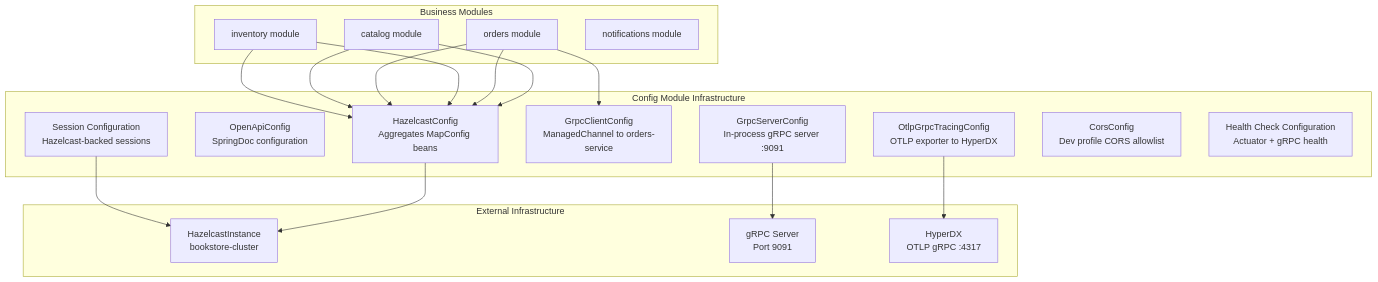
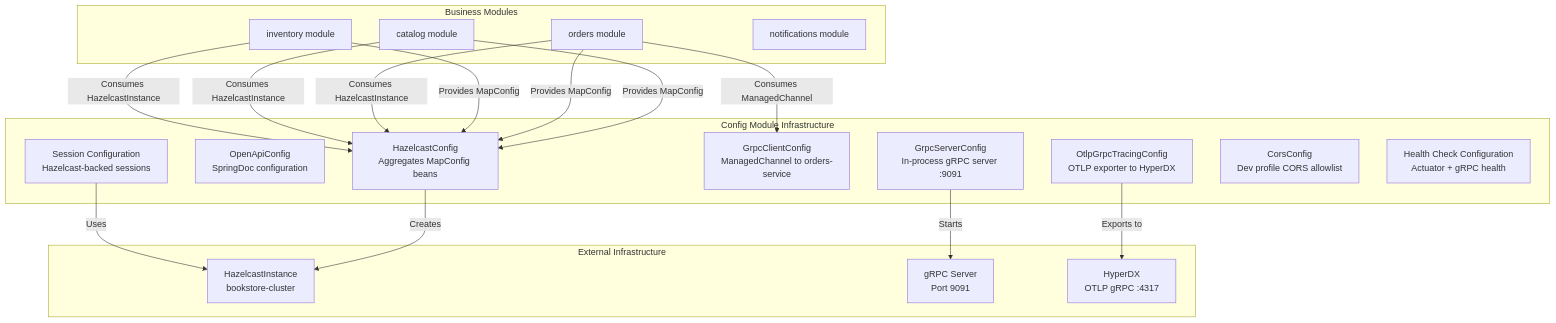
The first of 8 diagrams in docs/deepwiki/Config-Module.md (philipz/spring-modular-monolith), drawn with Mermaid before and after one commit. The commit also changed other lines of this file and 55 other files, not shown here.

````diff
--- a/docs/deepwiki/Config-Module.md
+++ b/docs/deepwiki/Config-Module.md
@@ -50,55 +50,55 @@
 ```mermaid
 flowchart TD
 
 Catalog["catalog module"]
 Orders["orders module"]
 Inventory["inventory module"]
 Notifications["notifications module"]
 HZConfig["HazelcastConfig<br>Aggregates MapConfig beans"]
 OpenAPIConfig["OpenApiConfig<br>SpringDoc configuration"]
 GrpcServerCfg["GrpcServerConfig<br>In-process gRPC server :9091"]
 GrpcClientCfg["GrpcClientConfig<br>ManagedChannel to orders-service"]
 OtlpCfg["OtlpGrpcTracingConfig<br>OTLP exporter to HyperDX"]
 SessionCfg["Session Configuration<br>Hazelcast-backed sessions"]
 CorsCfg["CorsConfig<br>Dev profile CORS allowlist"]
 HealthCfg["Health Check Configuration<br>Actuator + gRPC health"]
 HZCluster["HazelcastInstance<br>bookstore-cluster"]
 GrpcServer["gRPC Server<br>Port 9091"]
 HyperDX["HyperDX<br>OTLP gRPC :4317"]
 
-Catalog --> HZConfig
-Orders --> HZConfig
-Inventory --> HZConfig
-HZConfig --> HZCluster
-GrpcServerCfg --> GrpcServer
-OtlpCfg --> HyperDX
-SessionCfg --> HZCluster
-Orders --> GrpcClientCfg
-Orders --> HZConfig
-Catalog --> HZConfig
-Inventory --> HZConfig
+Catalog -->|"Provides MapConfig"| HZConfig
+Orders -->|"Provides MapConfig"| HZConfig
+Inventory -->|"Provides MapConfig"| HZConfig
+HZConfig -->|"Creates"| HZCluster
+GrpcServerCfg -->|"Starts"| GrpcServer
+OtlpCfg -->|"Exports to"| HyperDX
+SessionCfg -->|"Uses"| HZCluster
+Orders -->|"Consumes ManagedChannel"| GrpcClientCfg
+Orders -->|"Consumes HazelcastInstance"| HZConfig
+Catalog -->|"Consumes HazelcastInstance"| HZConfig
+Inventory -->|"Consumes HazelcastInstance"| HZConfig
 
 subgraph subGraph2 ["External Infrastructure"]
     HZCluster
     GrpcServer
     HyperDX
 end
 
 subgraph subGraph1 ["Config Module Infrastructure"]
     HZConfig
     OpenAPIConfig
     GrpcServerCfg
     GrpcClientCfg
     OtlpCfg
     SessionCfg
     CorsCfg
     HealthCfg
 end
 
 subgraph subGraph0 ["Business Modules"]
     Catalog
     Orders
     Inventory
     Notifications
 end
 ```
````
